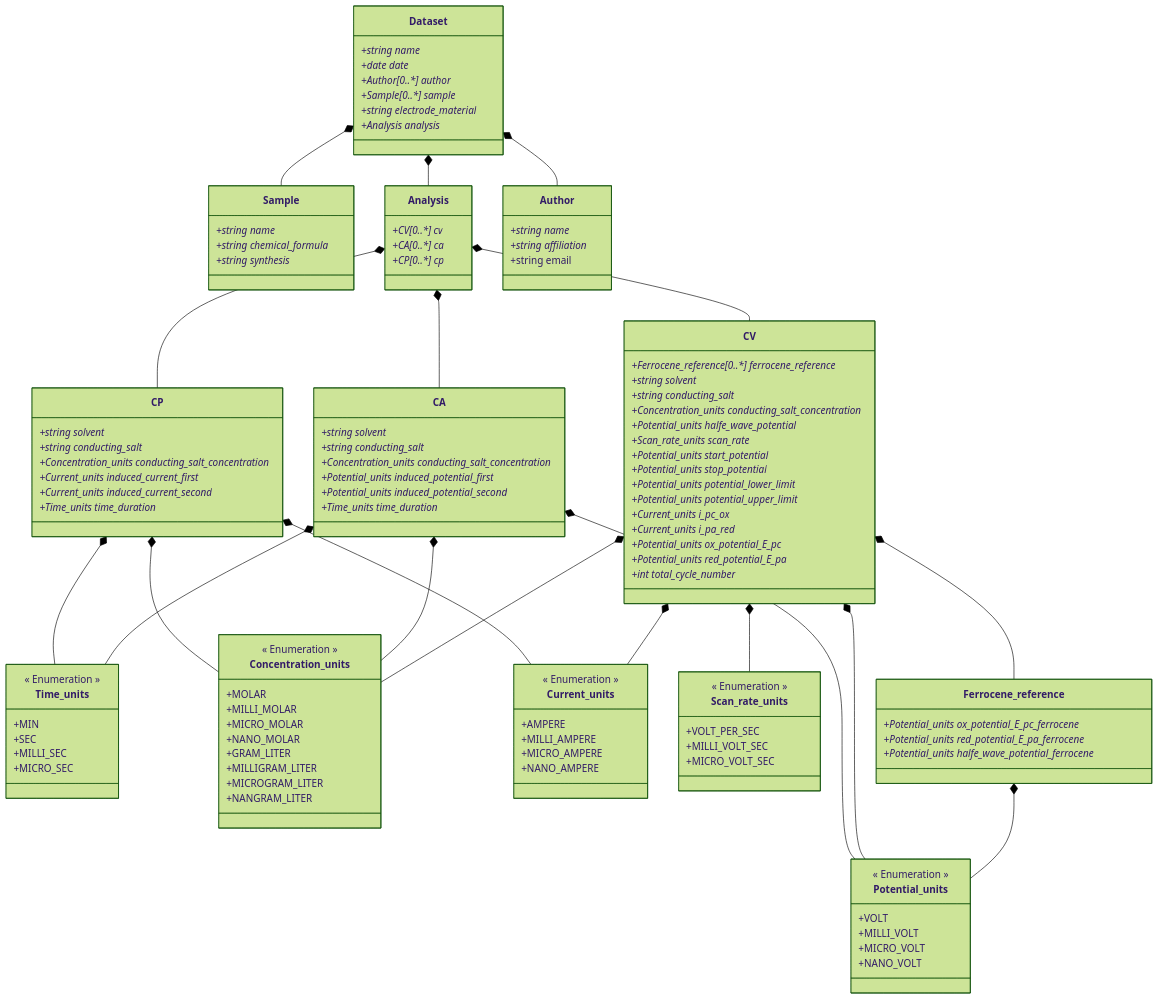
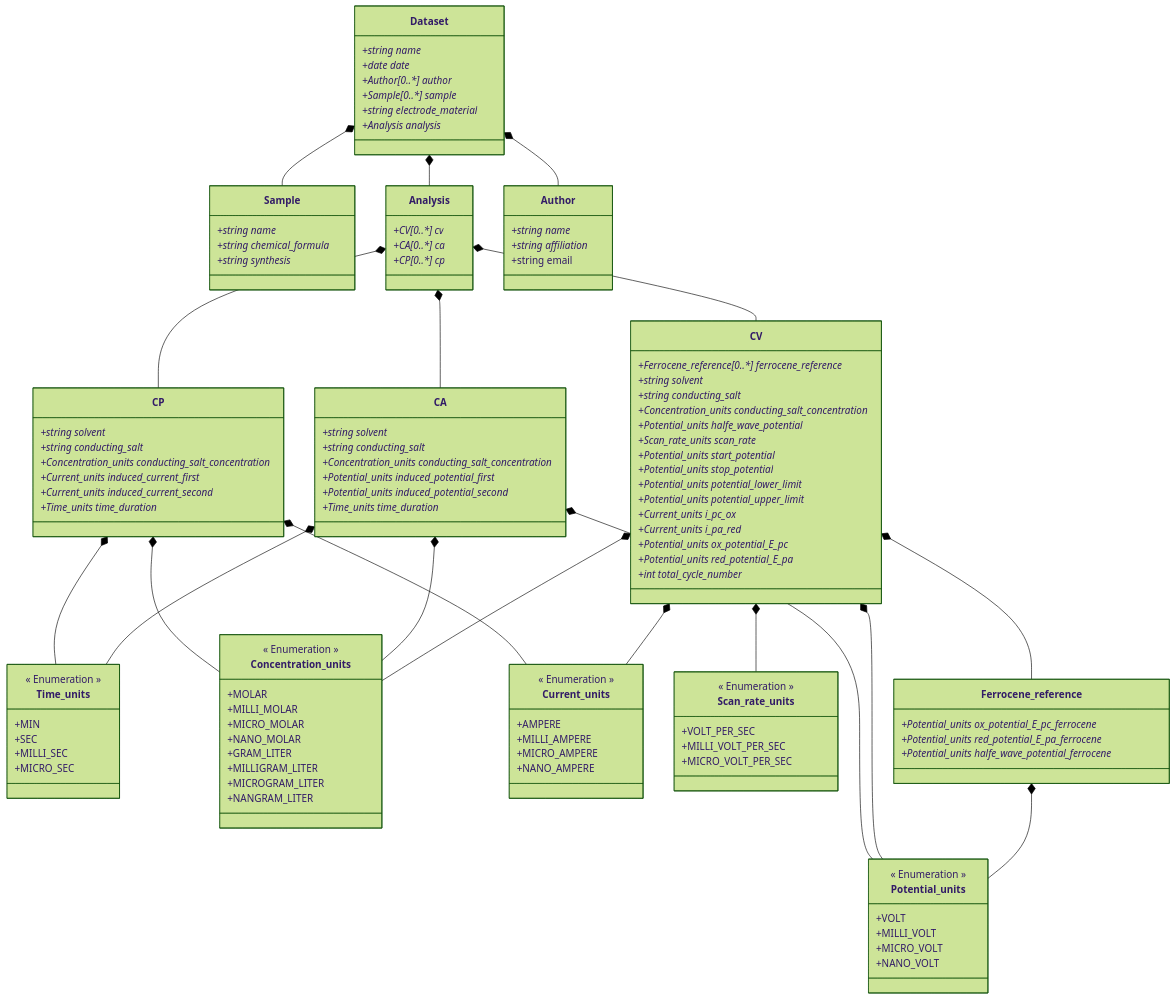
Before and after one commit to FAIRChemistry/datamodel-electrochemistry: the diagram in ElectrochemistryDataModel/schemes/electrochemistrydatamodel_schema.md, drawn with Mermaid (forest theme). The commit also changed 10 other files, not shown here.

```diff
--- a/ElectrochemistryDataModel/schemes/electrochemistrydatamodel_schema.md
+++ b/ElectrochemistryDataModel/schemes/electrochemistrydatamodel_schema.md
@@ -111,8 +111,8 @@
     class Scan_rate_units {
         << Enumeration >>
         +VOLT_PER_SEC
-        +MILLI_VOLT_SEC
-        +MICRO_VOLT_SEC
+        +MILLI_VOLT_PER_SEC
+        +MICRO_VOLT_PER_SEC
     }
     
     class Current_units {
```
